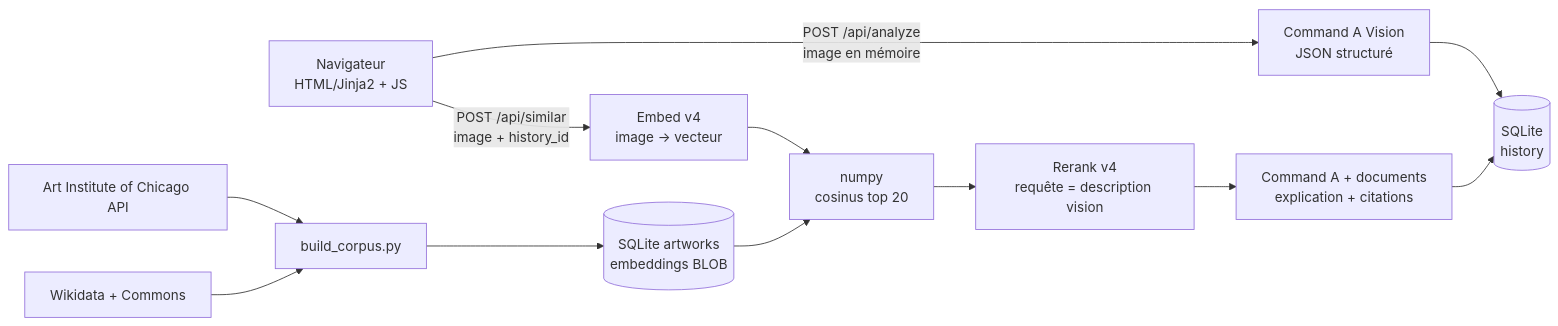
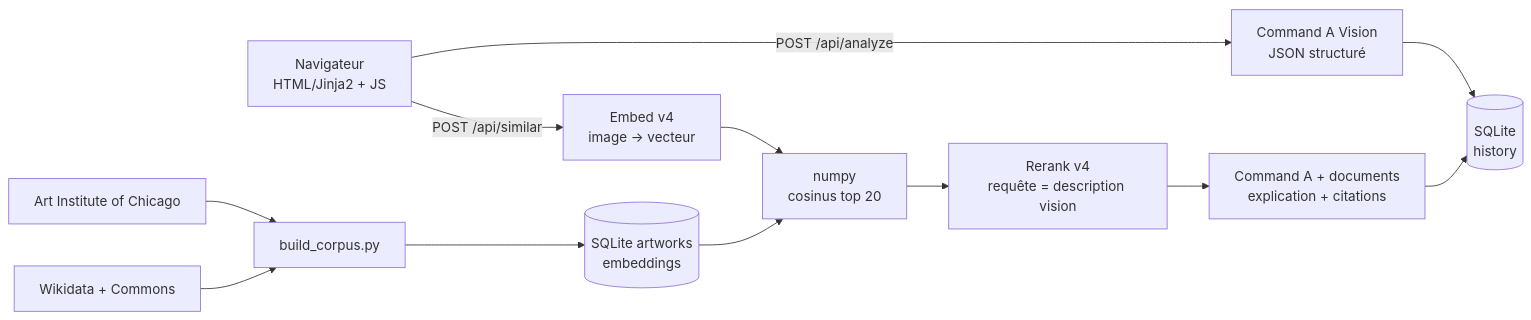
Before and after one commit to capucine-masson/MyMusee: the diagram in README.md, drawn with Mermaid. The commit also changed other lines of this file and 20 other files, not shown here.

````diff
--- a/README.md
+++ b/README.md
@@ -52,14 +29,14 @@
 ```mermaid
 flowchart LR
-    U[Navigateur<br/>HTML/Jinja2 + JS] -->|POST /api/analyze<br/>image en mémoire| V[Command A Vision<br/>JSON structuré]
+    U[Navigateur<br/>HTML/Jinja2 + JS] -->|POST /api/analyze| V[Command A Vision<br/>JSON structuré]
     V --> H[(SQLite<br/>history)]
-    U -->|POST /api/similar<br/>image + history_id| E[Embed v4<br/>image → vecteur]
+    U -->|POST /api/similar| E[Embed v4<br/>image → vecteur]
     E --> S[numpy<br/>cosinus top 20]
-    C[(SQLite artworks<br/>embeddings BLOB)] --> S
+    C[(SQLite artworks<br/>embeddings)] --> S
     S --> R[Rerank v4<br/>requête = description vision]
     R --> G[Command A + documents<br/>explication + citations]
     G --> H
     B[build_corpus.py] --> C
-    AIC[Art Institute of Chicago API] --> B
+    AIC[Art Institute of Chicago] --> B
     WD[Wikidata + Commons] --> B
 ```
````
